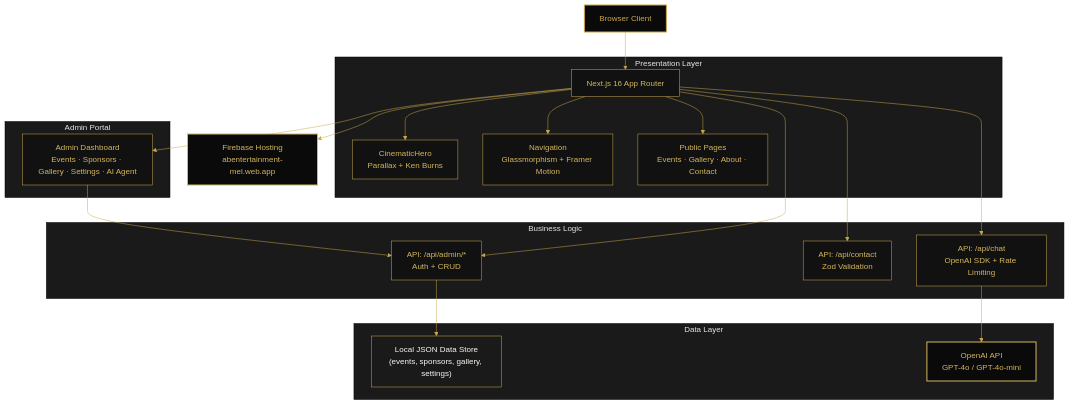
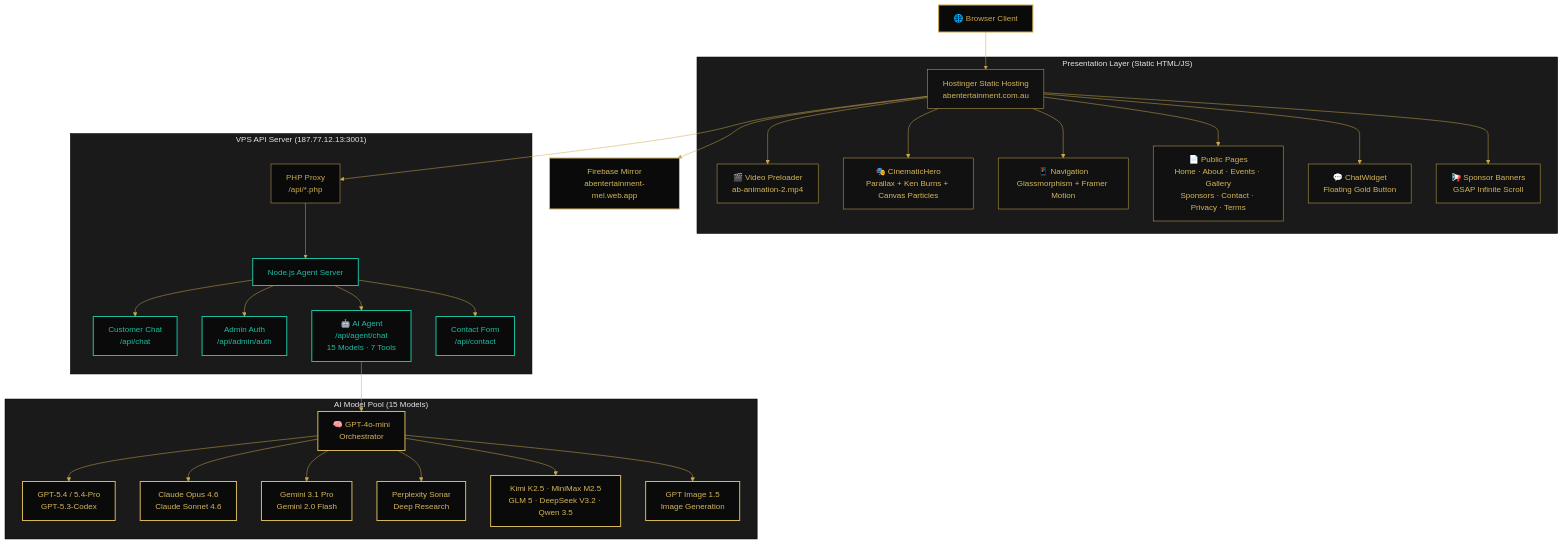
Before and after one commit to Victordtesla24/abentertainment: the first of 6 diagrams in README.md, drawn with Mermaid. The commit also changed other lines of this file, not shown here.

First line of the commit message:
docs: update README with architecture, deployment, agent, and safety diagrams

````diff
--- a/README.md
+++ b/README.md
@@ -33,34 +35,41 @@
 ```mermaid
 %%{init: {'theme': 'base', 'themeVariables': { 'primaryColor': '#0A0A0A', 'primaryTextColor': '#C9A84C', 'primaryBorderColor': '#C9A84C', 'lineColor': '#C9A84C', 'secondaryColor': '#111111', 'tertiaryColor': '#1A1A1A'}}}%%
 flowchart TD
     classDef client fill:#0A0A0A,stroke:#C9A84C,stroke-width:2px,color:#C9A84C;
     classDef server fill:#111111,stroke:#C9A84C,stroke-width:1px,color:#D4B65C;
     classDef data fill:#1A1A1A,stroke:#C9A84C,stroke-width:1px,color:#FDF8F1;
     classDef external fill:#0A0A0A,stroke:#D4B65C,stroke-width:2px,color:#D4B65C;
+    classDef vps fill:#0A0A0A,stroke:#1BBFA1,stroke-width:2px,color:#1BBFA1;
 
-    BROWSER["Browser Client"]:::client --> NEXT["Next.js 16 App Router"]:::server
+    BROWSER["🌐 Browser Client"]:::client --> HOSTINGER["Hostinger Static Hosting<br/>abentertainment.com.au"]:::server
 
-    subgraph Presentation Layer
-        NEXT --> HERO["CinematicHero<br/>Parallax + Ken Burns"]:::server
-        NEXT --> NAV["Navigation<br/>Glassmorphism + Framer Motion"]:::server
-        NEXT --> PAGES["Public Pages<br/>Events · Gallery · About · Contact"]:::server
+    subgraph Presentation["Presentation Layer (Static HTML/JS)"]
+        HOSTINGER --> PRELOADER["🎬 Video Preloader<br/>ab-animation-2.mp4"]:::server
+        HOSTINGER --> HERO["🎭 CinematicHero<br/>Parallax + Ken Burns + Canvas Particles"]:::server
+        HOSTINGER --> NAV["📱 Navigation<br/>Glassmorphism + Framer Motion"]:::server
+        HOSTINGER --> PAGES["📄 Public Pages<br/>Home · About · Events · Gallery<br/>Sponsors · Contact · Privacy · Terms"]:::server
+        HOSTINGER --> CHAT_UI["💬 ChatWidget<br/>Floating Gold Button"]:::server
+        HOSTINGER --> SPONSOR_BAR["📢 Sponsor Banners<br/>GSAP Infinite Scroll"]:::server
     end
 
-    subgraph Business Logic
-        NEXT --> API_CHAT["API: /api/chat<br/>OpenAI SDK + Rate Limiting"]:::server
-        NEXT --> API_CONTACT["API: /api/contact<br/>Zod Validation"]:::server
-        NEXT --> API_ADMIN["API: /api/admin/*<br/>Auth + CRUD"]:::server
+    subgraph VPS_API["VPS API Server (187.77.12.13:3001)"]
+        PHP_PROXY["PHP Proxy<br/>/api/*.php"] --> NODE["Node.js Agent Server"]:::vps
+        NODE --> CHAT_EP["Customer Chat<br/>/api/chat"]:::vps
+        NODE --> AUTH_EP["Admin Auth<br/>/api/admin/auth"]:::vps
+        NODE --> AGENT_EP["🤖 AI Agent<br/>/api/agent/chat<br/>15 Models · 7 Tools"]:::vps
+        NODE --> CONTACT_EP["Contact Form<br/>/api/contact"]:::vps
     end
 
-    subgraph Data Layer
-        API_ADMIN --> DATA["Local JSON Data Store<br/>(events, sponsors, gallery, settings)"]:::data
-        API_CHAT --> OPENAI["OpenAI API<br/>GPT-4o / GPT-4o-mini"]:::external
+    subgraph AI_Models["AI Model Pool (15 Models)"]
+        AGENT_EP --> ORCHESTRATOR["🧠 GPT-4o-mini<br/>Orchestrator"]:::external
+        ORCHESTRATOR --> SUB_GPT["GPT-5.4 / 5.4-Pro<br/>GPT-5.3-Codex"]:::external
+        ORCHESTRATOR --> SUB_CLAUDE["Claude Opus 4.6<br/>Claude Sonnet 4.6"]:::external
+        ORCHESTRATOR --> SUB_GEMINI["Gemini 3.1 Pro<br/>Gemini 2.0 Flash"]:::external
+        ORCHESTRATOR --> SUB_RESEARCH["Perplexity Sonar<br/>Deep Research"]:::external
+        ORCHESTRATOR --> SUB_OTHER["Kimi K2.5 · MiniMax M2.5<br/>GLM 5 · DeepSeek V3.2 · Qwen 3.5"]:::external
+        ORCHESTRATOR --> IMG_GEN["GPT Image 1.5<br/>Image Generation"]:::external
     end
 
-    subgraph Admin Portal
-        NEXT --> ADMIN["Admin Dashboard<br/>Events · Sponsors · Gallery · Settings · AI Agent"]:::server
-        ADMIN --> API_ADMIN
-    end
-
-    NEXT --> FIREBASE["Firebase Hosting<br/>abentertainment-mel.web.app"]:::external
+    HOSTINGER --> PHP_PROXY
+    HOSTINGER --> FIREBASE["Firebase Mirror<br/>abentertainment-mel.web.app"]:::external
 ```
````
